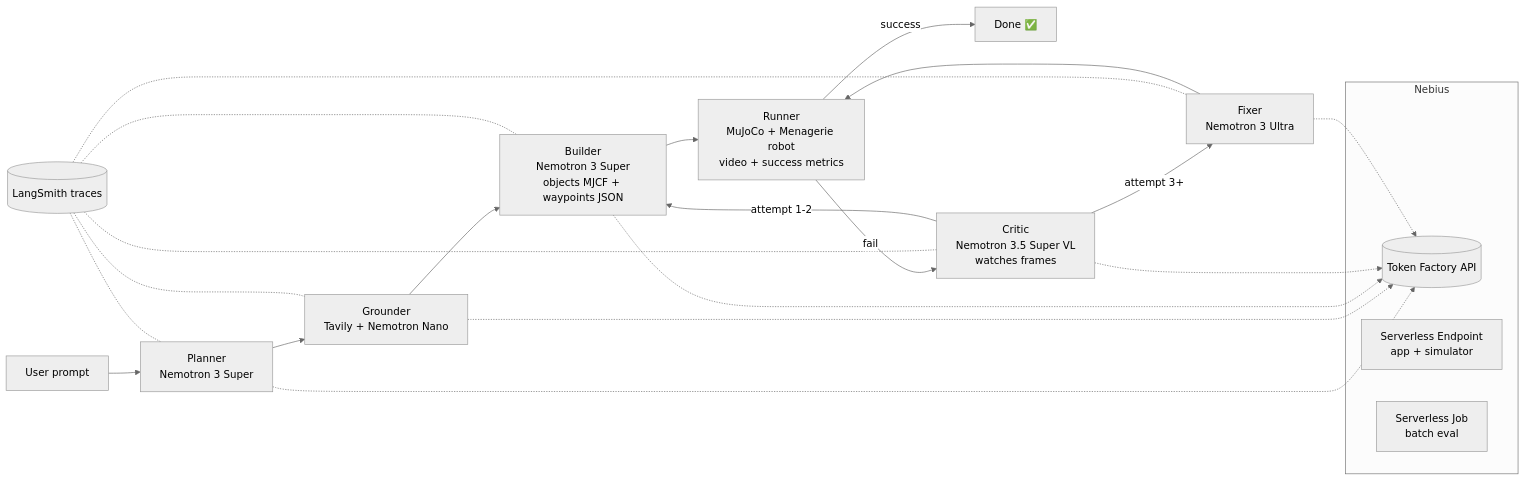
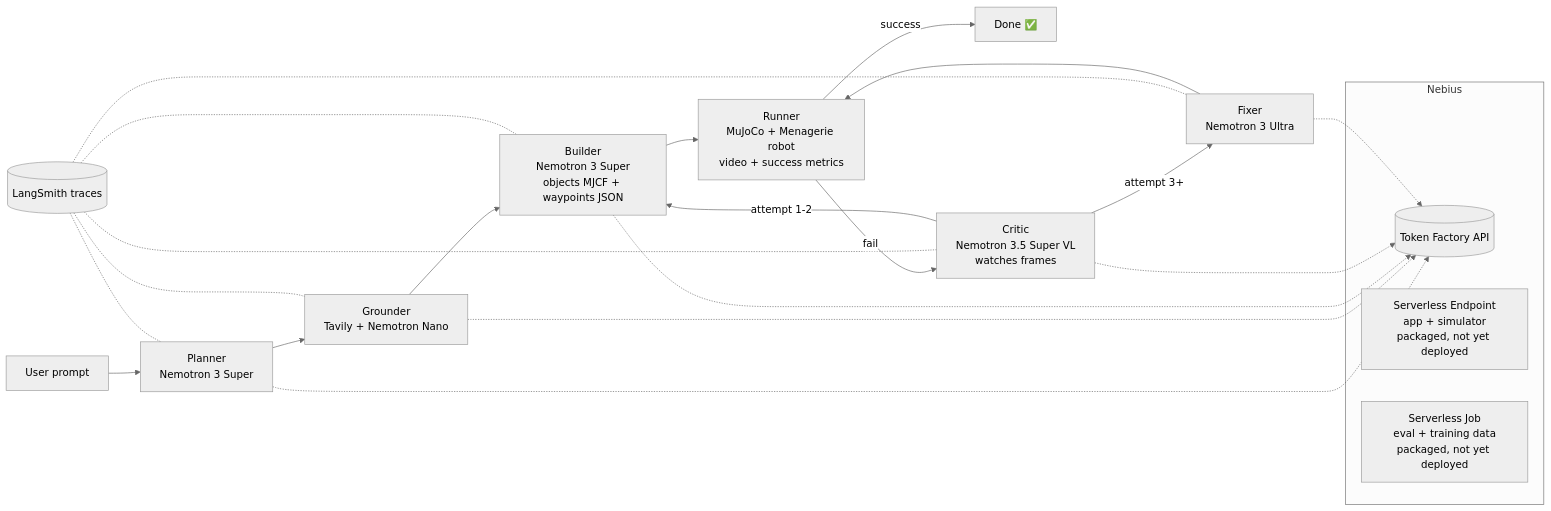
The diagram in docs/architecture.md (atabak-eghbal/spec-to-sim), drawn with Mermaid (neutral theme) before and after one commit. The commit also changed other lines of this file and 8 other files, not shown here.

````diff
--- a/docs/architecture.md
+++ b/docs/architecture.md
@@ -3,20 +3,20 @@
 ```mermaid
 flowchart LR
     U[User prompt] --> P[Planner<br/>Nemotron 3 Super]
     P --> G[Grounder<br/>Tavily + Nemotron Nano]
     G --> B[Builder<br/>Nemotron 3 Super<br/>objects MJCF + waypoints JSON]
     B --> R[Runner<br/>MuJoCo + Menagerie robot<br/>video + success metrics]
     R -->|success| D[Done ✅]
     R -->|fail| C[Critic<br/>Nemotron 3.5 Super VL<br/>watches frames]
     C -->|attempt 1-2| B
     C -->|attempt 3+| F[Fixer<br/>Nemotron 3 Ultra]
     F --> R
 
     subgraph Nebius
       TF[(Token Factory API)]
-      EP[Serverless Endpoint<br/>app + simulator]
-      JOB[Serverless Job<br/>batch eval]
+      EP[Serverless Endpoint<br/>app + simulator<br/>packaged, not yet deployed]
+      JOB[Serverless Job<br/>eval + training data<br/>packaged, not yet deployed]
     end
     P & G & B & C & F -.-> TF
     LS[(LangSmith traces)] -.- P & G & B & C & F
 ```
````
